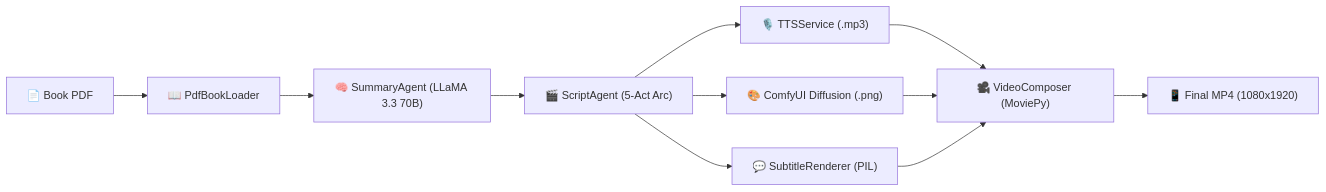
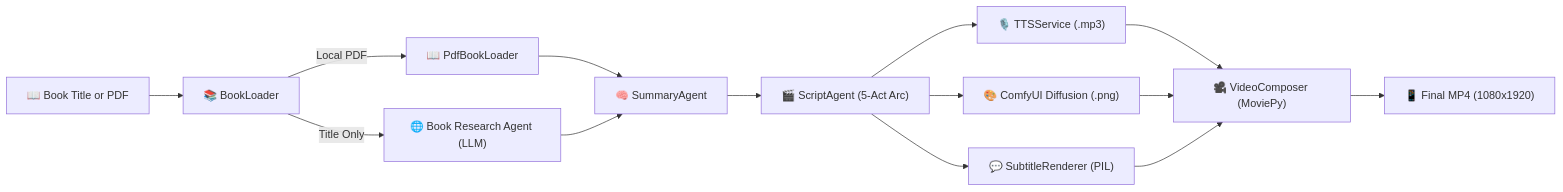
One commit to sanishchahero/narrify-ai changed the diagram in README.md. Above: the diagram before and after it, drawn with Mermaid. The commit also changed other lines of this file and 25 other files, not shown here.

````diff
--- a/README.md
+++ b/README.md
@@ -24,11 +24,13 @@
 ```mermaid
 flowchart LR
-    A["📄 Book PDF"] --> B["📖 PdfBookLoader"]
-    B --> C["🧠 SummaryAgent (LLaMA 3.3 70B)"]
-    C --> D["🎬 ScriptAgent (5-Act Arc)"]
-    D --> E["🎙️ TTSService (.mp3)"]
-    D --> F["🎨 ComfyUI Diffusion (.png)"]
-    D --> G["💬 SubtitleRenderer (PIL)"]
-    E & F & G --> H["🎥 VideoComposer (MoviePy)"]
-    H --> I["📱 Final MP4 (1080x1920)"]
+    A["📖 Book Title or PDF"] --> B["📚 BookLoader"]
+    B -->|Local PDF| C["📖 PdfBookLoader"]
+    B -->|Title Only| D["🌐 Book Research Agent (LLM)"]
+    C & D --> E["🧠 SummaryAgent"]
+    E --> F["🎬 ScriptAgent (5-Act Arc)"]
+    F --> G["🎙️ TTSService (.mp3)"]
+    F --> H["🎨 ComfyUI Diffusion (.png)"]
+    F --> I["💬 SubtitleRenderer (PIL)"]
+    G & H & I --> J["🎥 VideoComposer (MoviePy)"]
+    J --> K["📱 Final MP4 (1080x1920)"]
 ```
````
